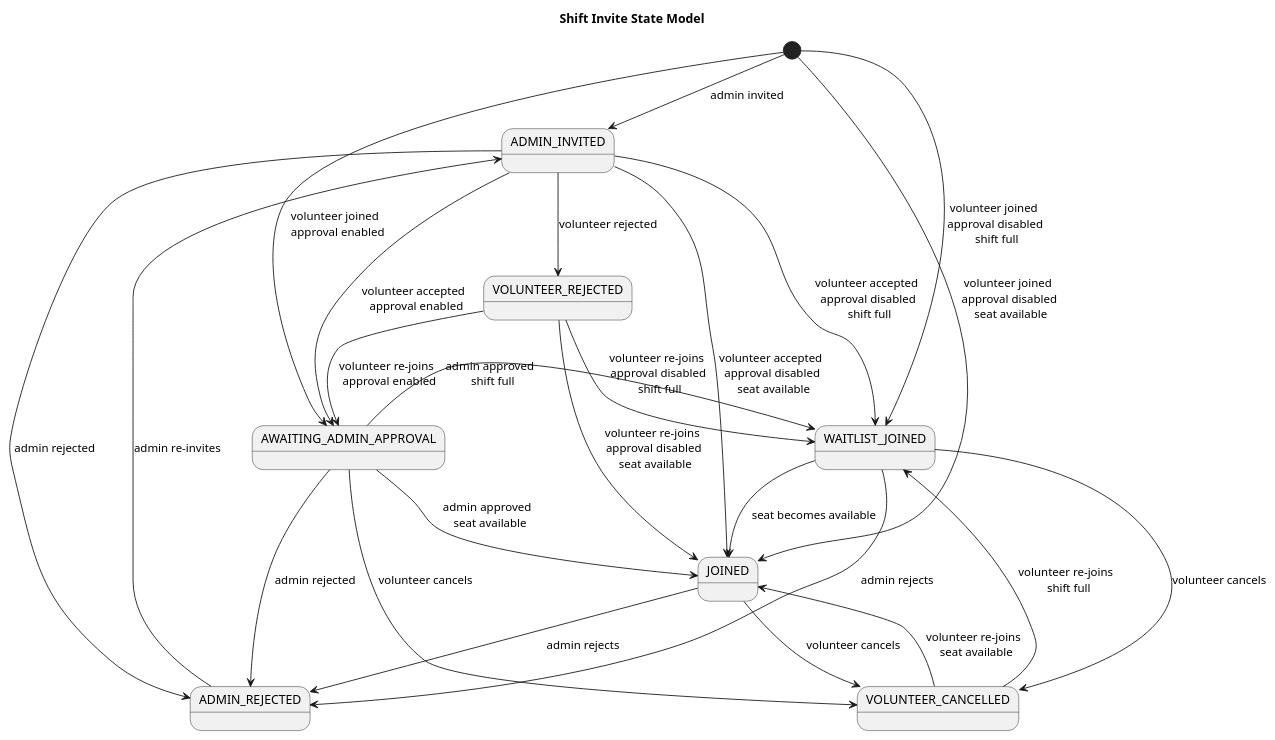
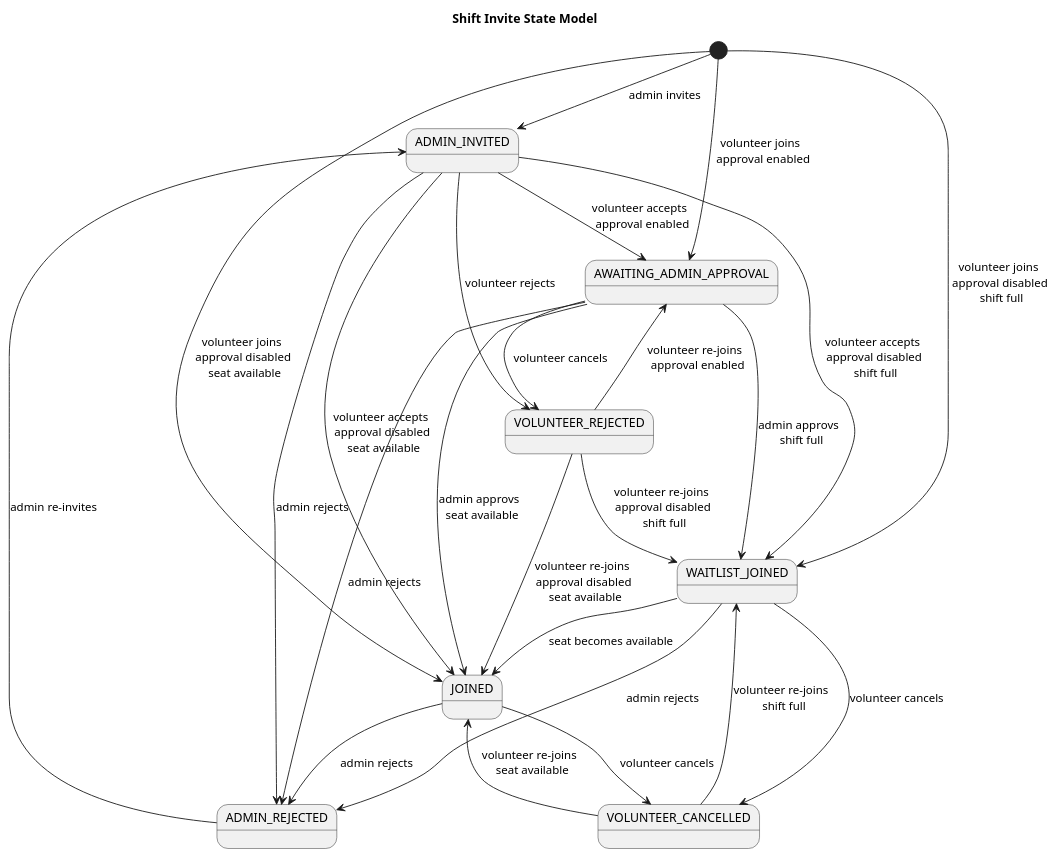
The diagram in models/Invite-states.plantuml (holi-social/caluno), drawn with PlantUML before and after one commit.

Commit message:
model: consistent naming

```diff
--- a/models/Invite-states.plantuml
+++ b/models/Invite-states.plantuml
@@ -1,37 +1,37 @@
 @startuml InviteOriginStatusModel
 
 title Shift Invite State Model
 
-[*] --> ADMIN_INVITED : admin invited
-[*] --> AWAITING_ADMIN_APPROVAL : volunteer joined \n approval enabled
-[*] --> WAITLIST_JOINED : volunteer joined \n approval disabled \n shift full
-[*] --> JOINED : volunteer joined \n approval disabled \n seat available
+[*] --> ADMIN_INVITED : admin invites
+[*] --> AWAITING_ADMIN_APPROVAL : volunteer joins \n approval enabled
+[*] --> WAITLIST_JOINED : volunteer joins \n approval disabled \n shift full
+[*] --> JOINED : volunteer joins \n approval disabled \n seat available
 
-ADMIN_INVITED --> VOLUNTEER_REJECTED : volunteer rejected
-ADMIN_INVITED --> AWAITING_ADMIN_APPROVAL : volunteer accepted \n approval enabled
-ADMIN_INVITED --> WAITLIST_JOINED : volunteer accepted \n approval disabled \n shift full
-ADMIN_INVITED --> JOINED : volunteer accepted \n approval disabled \n seat available
-ADMIN_INVITED --> ADMIN_REJECTED : admin rejected
+ADMIN_INVITED --> VOLUNTEER_REJECTED : volunteer rejects
+ADMIN_INVITED --> AWAITING_ADMIN_APPROVAL : volunteer accepts \n approval enabled
+ADMIN_INVITED --> WAITLIST_JOINED : volunteer accepts \n approval disabled \n shift full
+ADMIN_INVITED --> JOINED : volunteer accepts \n approval disabled \n seat available
+ADMIN_INVITED --> ADMIN_REJECTED : admin rejects
 
 VOLUNTEER_REJECTED --> AWAITING_ADMIN_APPROVAL : volunteer re-joins \n approval enabled
 VOLUNTEER_REJECTED --> WAITLIST_JOINED : volunteer re-joins \n approval disabled \n shift full
 VOLUNTEER_REJECTED --> JOINED : volunteer re-joins \n approval disabled \n seat available
 
-AWAITING_ADMIN_APPROVAL --> ADMIN_REJECTED : admin rejected
-AWAITING_ADMIN_APPROVAL --> VOLUNTEER_CANCELLED : volunteer cancels
-AWAITING_ADMIN_APPROVAL -right-> WAITLIST_JOINED : admin approved \n shift full
-AWAITING_ADMIN_APPROVAL --> JOINED : admin approved \n seat available
+AWAITING_ADMIN_APPROVAL --> ADMIN_REJECTED : admin rejects
+AWAITING_ADMIN_APPROVAL --> VOLUNTEER_REJECTED : volunteer cancels
+AWAITING_ADMIN_APPROVAL -right-> WAITLIST_JOINED : admin approvs \n shift full
+AWAITING_ADMIN_APPROVAL --> JOINED : admin approvs \n seat available
 
 WAITLIST_JOINED --> JOINED : seat becomes available
 WAITLIST_JOINED --> VOLUNTEER_CANCELLED : volunteer cancels
 WAITLIST_JOINED --> ADMIN_REJECTED : admin rejects
 
 JOINED --> VOLUNTEER_CANCELLED : volunteer cancels
 JOINED --> ADMIN_REJECTED : admin rejects
 
 VOLUNTEER_CANCELLED -up-> JOINED : volunteer re-joins \n seat available
 VOLUNTEER_CANCELLED -up-> WAITLIST_JOINED : volunteer re-joins \n shift full
 
 ADMIN_REJECTED -up-> ADMIN_INVITED : admin re-invites
 
 @enduml
```
